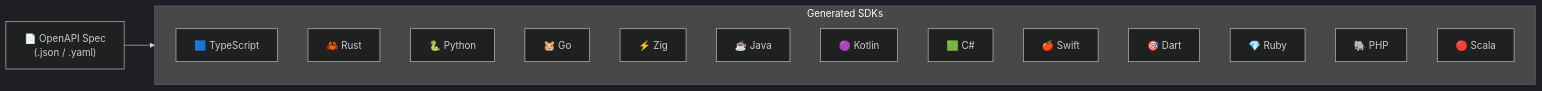
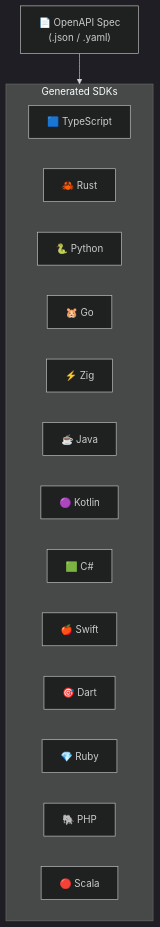
The diagram in README.md (hdresearch/sterling), drawn with Mermaid (dark theme) before and after one commit.

Commit message:
docs: switch mermaid diagram direction to top-down (TD)

````diff
--- a/README.md
+++ b/README.md
@@ -7,22 +7,22 @@
 ```mermaid
-flowchart LR
+flowchart TD
     spec["📄 OpenAPI Spec\n(.json / .yaml)"]
 
     spec --> sdks
 
     subgraph sdks["Generated SDKs"]
         ts["🟦 TypeScript"]
         rs["🦀 Rust"]
         py["🐍 Python"]
         go["🐹 Go"]
         zig["⚡ Zig"]
         java["☕ Java"]
         kt["🟣 Kotlin"]
         cs["🟩 C#"]
         swift["🍎 Swift"]
         dart["🎯 Dart"]
         rb["💎 Ruby"]
         php["🐘 PHP"]
         scala["🔴 Scala"]
     end
 ```
````
